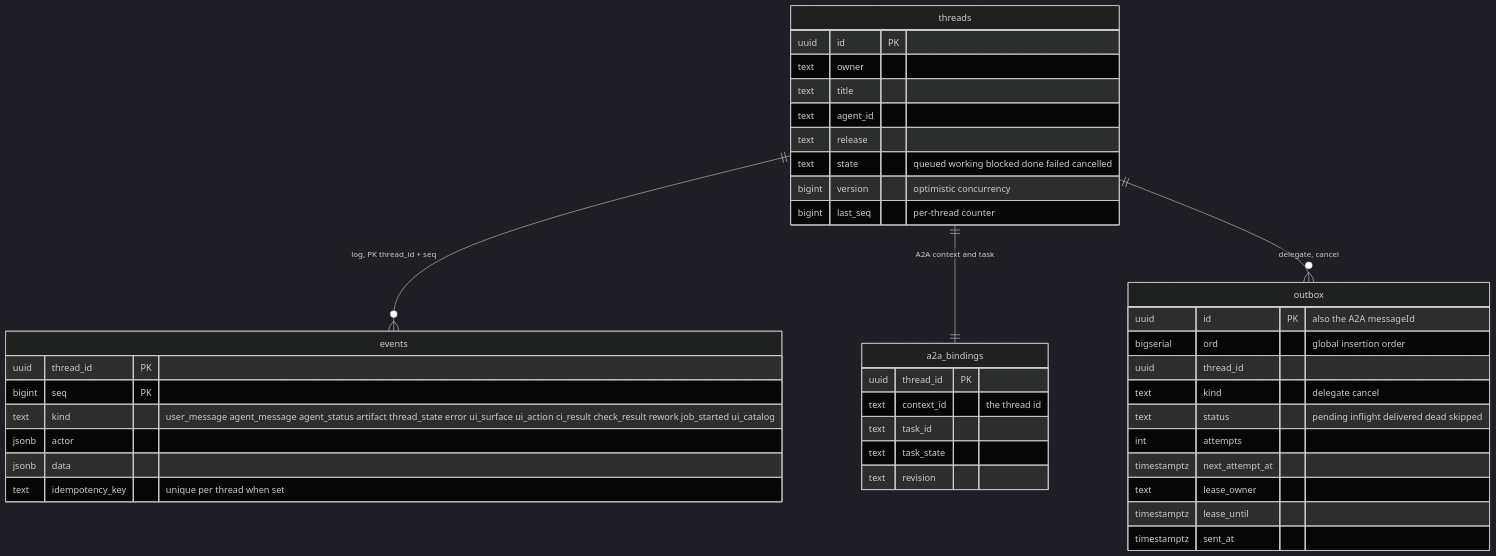
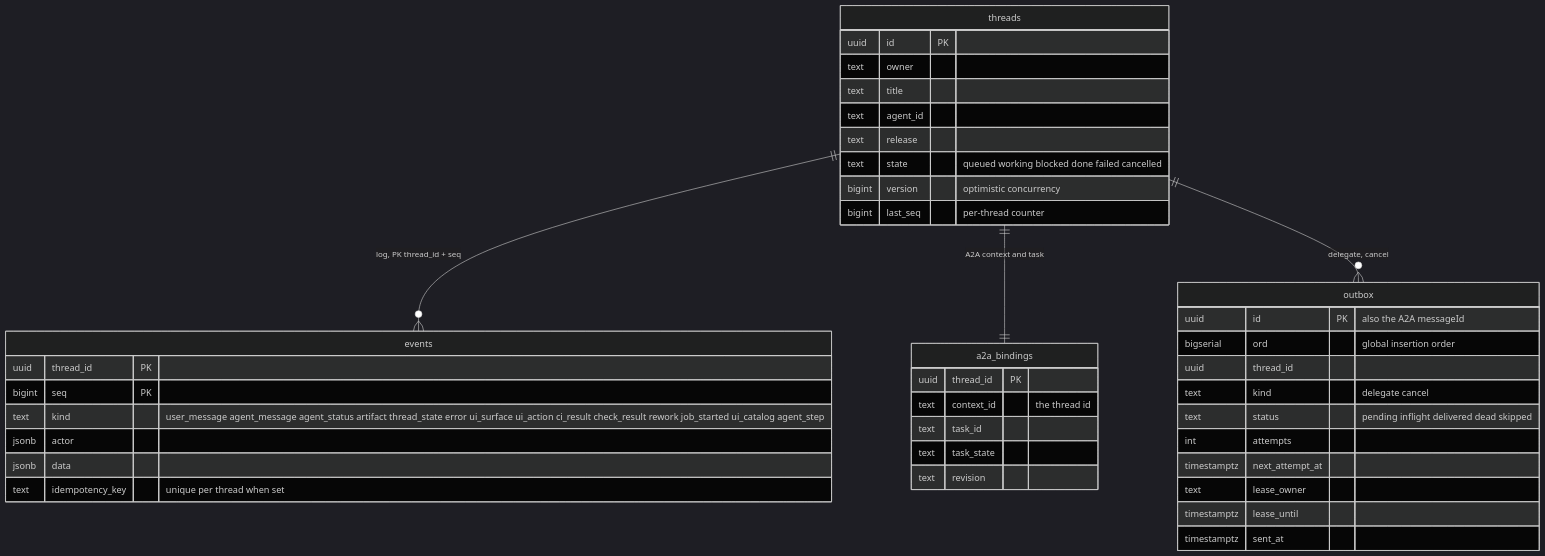
One commit to vymalo/another-agentic-system changed diagram 21 of 24 in docs/orchestrator.md. Above: the diagram before and after it, drawn with Mermaid (dark theme). The commit also changed other lines of this file and 82 other files, not shown here.

First line of the commit message:
feat: nested steps — agent_step, AG-UI subagents and activities, steps/v1 from agents (ADR 0025) (#78)

````diff
--- a/docs/orchestrator.md
+++ b/docs/orchestrator.md
@@ -1284,43 +1312,43 @@
 ```mermaid
 erDiagram
   threads ||--o{ events : "log, PK thread_id + seq"
   threads ||--|| a2a_bindings : "A2A context and task"
   threads ||--o{ outbox : "delegate, cancel"
   threads {
     uuid id PK
     text owner
     text title
     text agent_id
     text release
     text state "queued working blocked done failed cancelled"
     bigint version "optimistic concurrency"
     bigint last_seq "per-thread counter"
   }
   events {
     uuid thread_id PK
     bigint seq PK
-    text kind "user_message agent_message agent_status artifact thread_state error ui_surface ui_action ci_result check_result rework job_started ui_catalog"
+    text kind "user_message agent_message agent_status artifact thread_state error ui_surface ui_action ci_result check_result rework job_started ui_catalog agent_step"
     jsonb actor
     jsonb data
     text idempotency_key "unique per thread when set"
   }
   a2a_bindings {
     uuid thread_id PK
     text context_id "the thread id"
     text task_id
     text task_state
     text revision
   }
   outbox {
     uuid id PK "also the A2A messageId"
     bigserial ord "global insertion order"
     uuid thread_id
     text kind "delegate cancel"
     text status "pending inflight delivered dead skipped"
     int attempts
     timestamptz next_attempt_at
     text lease_owner
     timestamptz lease_until
     timestamptz sent_at
   }
 ```
````
